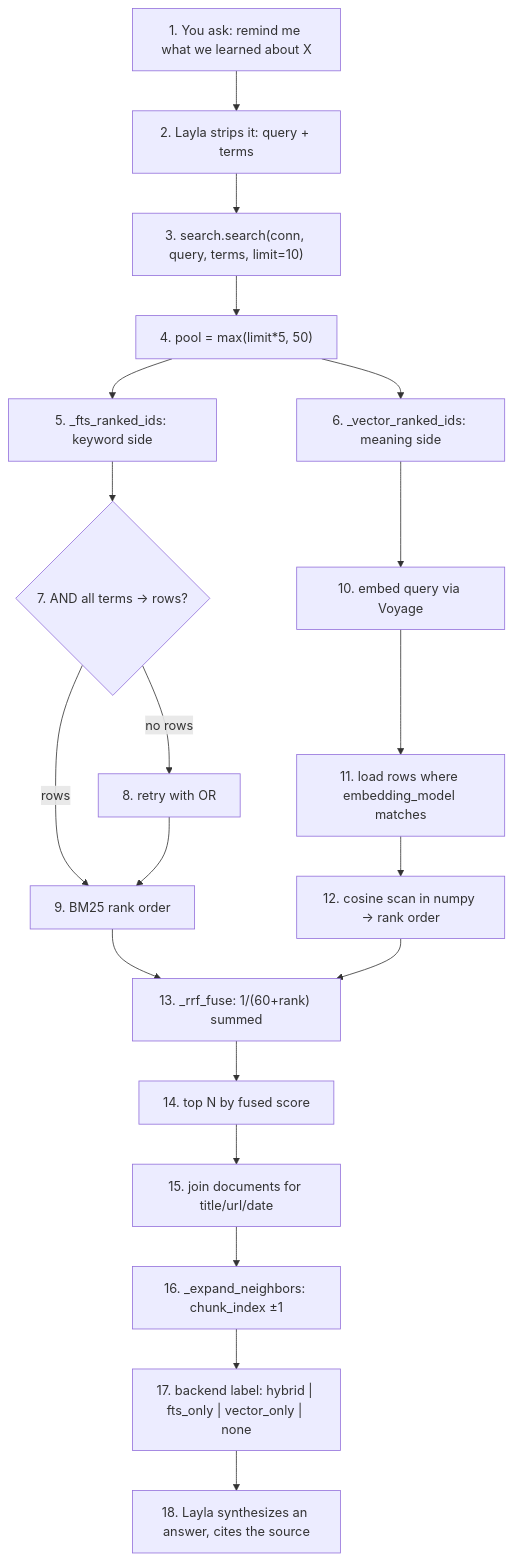
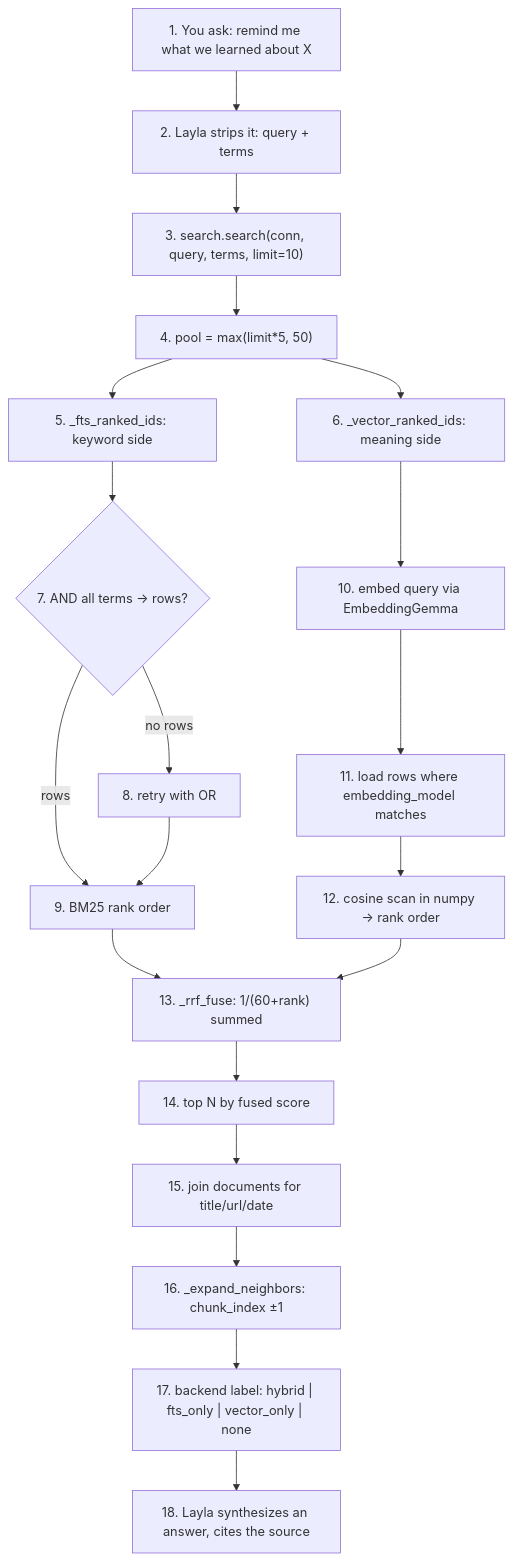
Before and after one commit to QuanDev2/layla: the third of 4 diagrams in docs/system-overview.md, drawn with Mermaid. The commit also changed other lines of this file and 8 other files, not shown here.

````diff
--- a/docs/system-overview.md
+++ b/docs/system-overview.md
@@ -107,22 +107,22 @@
 ```mermaid
 flowchart TD
     B1["1. You ask: remind me what we learned about X"] --> B2["2. Layla strips it: query + terms"]
     B2 --> B3["3. search.search(conn, query, terms, limit=10)"]
     B3 --> B4["4. pool = max(limit*5, 50)"]
     B4 --> B5["5. _fts_ranked_ids: keyword side"]
     B4 --> B6["6. _vector_ranked_ids: meaning side"]
     B5 --> B7{"7. AND all terms → rows?"}
     B7 -->|no rows| B8["8. retry with OR"]
     B7 -->|rows| B9["9. BM25 rank order"]
     B8 --> B9
-    B6 --> B10["10. embed query via Voyage"]
+    B6 --> B10["10. embed query via EmbeddingGemma"]
     B10 --> B11["11. load rows where embedding_model matches"]
     B11 --> B12["12. cosine scan in numpy → rank order"]
     B9 --> B13["13. _rrf_fuse: 1/(60+rank) summed"]
     B12 --> B13
     B13 --> B14["14. top N by fused score"]
     B14 --> B15["15. join documents for title/url/date"]
     B15 --> B16["16. _expand_neighbors: chunk_index ±1"]
     B16 --> B17["17. backend label: hybrid | fts_only | vector_only | none"]
     B17 --> B18["18. Layla synthesizes an answer, cites the source"]
 ```
````
